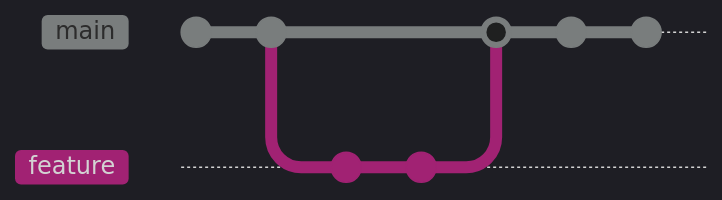
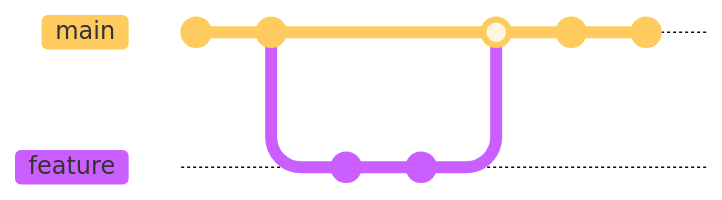
The third of 3 diagrams in README.md (udithanayanajith/udithanayanajith), drawn with Mermaid before and after one commit. Commit ids are hidden.

````diff
--- a/README.md
+++ b/README.md
@@ -67,14 +67,14 @@
 ```mermaid
-%%{init: {'theme': 'dark'}}%%
+%%{init: {'theme': 'base', 'themeVariables': { 'gitGraph.commit.color': '#2196F3', 'gitGraph.commit.borderColor': '#FFFFFF', 'gitGraph.commit.selectedColor': '#FFEB3B', 'gitGraph.commit.selectedBorderColor': '#FF5722', 'gitGraph.branch.color': '#FF5722', 'gitGraph.branch.selectedColor': '#4CAF50', 'gitGraph.marker.color': '#FFEB3B', 'gitGraph.marker.selectedColor': '#4CAF50', 'gitGraph.backgroundColor': '#F5F5F5'}}}%%
 gitGraph
     commit
     commit
     branch feature
     checkout feature
     commit
     commit
     checkout main
     merge feature
     commit
     commit
 ```
````
